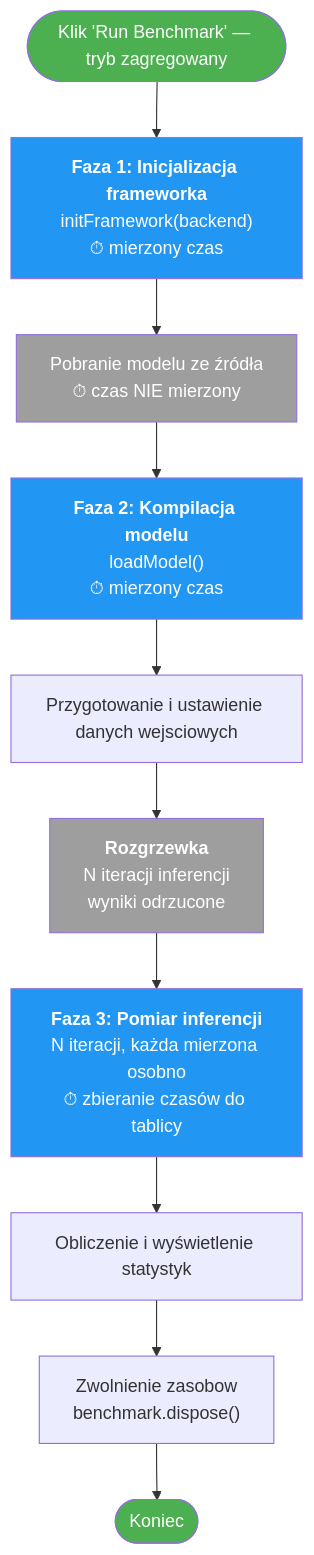
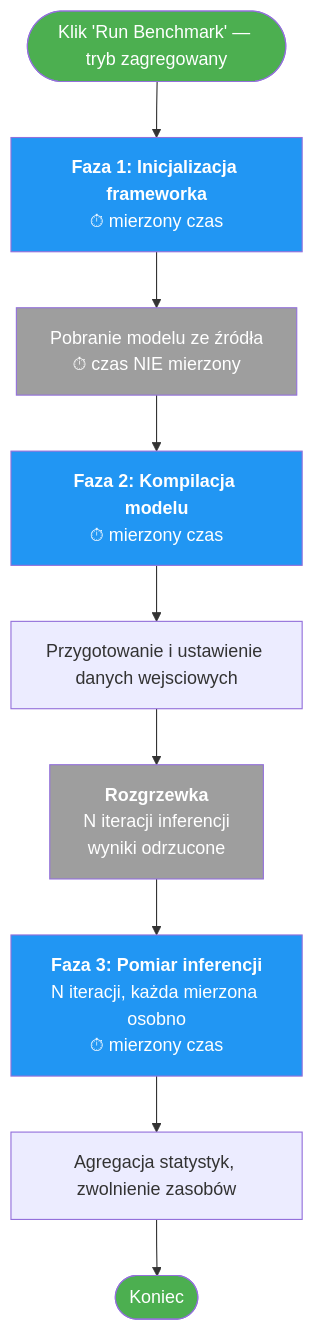
The second of 4 diagrams in docs/benchmark-flow.md (amalolepszy/local-models-benchmark), drawn with Mermaid before and after one commit. The commit also changed other lines of this file and 2 other files, not shown here.

Commit message:
Update mermaid diagrams, minor change to profiler

````diff
--- a/docs/benchmark-flow.md
+++ b/docs/benchmark-flow.md
@@ -90,20 +90,19 @@
 ```mermaid
 flowchart TD
-    Start([Klik 'Run Benchmark' — tryb zagregowany]) --> A_Init["<b>Faza 1: Inicjalizacja frameworka</b><br/>initFramework(backend)<br/>⏱ mierzony czas"]
+    Start([Klik 'Run Benchmark' — tryb zagregowany]) --> A_Init["<b>Faza 1: Inicjalizacja frameworka</b><br/>⏱ mierzony czas"]
     A_Init --> A_Prefetch["Pobranie modelu ze źródła<br/>⏱ czas NIE mierzony"]
-    A_Prefetch --> A_Load["<b>Faza 2: Kompilacja modelu</b><br/>loadModel()<br/>⏱ mierzony czas"]
+    A_Prefetch --> A_Load["<b>Faza 2: Kompilacja modelu</b><br/>⏱ mierzony czas"]
     A_Load --> A_Input["Przygotowanie i ustawienie danych wejsciowych"]
     A_Input --> A_Warmup["<b>Rozgrzewka</b><br/>N iteracji inferencji<br/>wyniki odrzucone"]
-    A_Warmup --> A_Infer["<b>Faza 3: Pomiar inferencji</b><br/>N iteracji, każda mierzona osobno<br/>⏱ zbieranie czasów do tablicy"]
-    A_Infer --> A_StatsAfter["Obliczenie i wyświetlenie statystyk"]
-    A_StatsAfter --> A_Dispose["Zwolnienie zasobow<br/>benchmark.dispose()"]
-    A_Dispose --> A_End([Koniec])
+    A_Warmup --> A_Infer["<b>Faza 3: Pomiar inferencji</b><br/>N iteracji, każda mierzona osobno<br/>⏱ mierzony czas"]
+    A_Infer --> A_StatsAfter["Agregacja statystyk, zwolnienie zasobów"]
+    A_StatsAfter --> A_End([Koniec])
 
     style Start fill:#4CAF50,color:#fff
     style A_End fill:#4CAF50,color:#fff
     style A_Init fill:#2196F3,color:#fff
     style A_Load fill:#2196F3,color:#fff
     style A_Warmup fill:#9E9E9E,color:#fff
     style A_Infer fill:#2196F3,color:#fff
     style A_Prefetch fill:#9E9E9E,color:#fff
 ```
````
